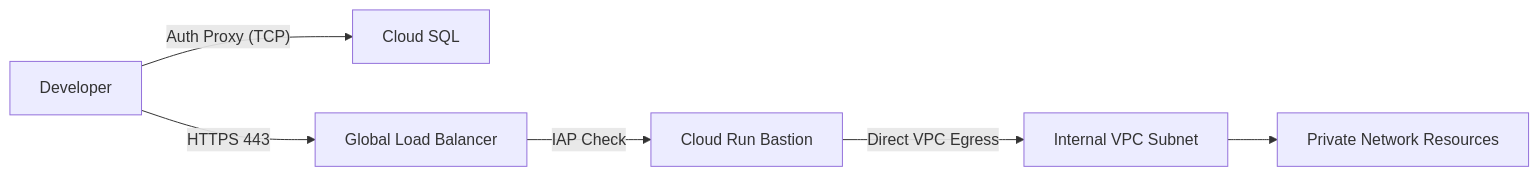
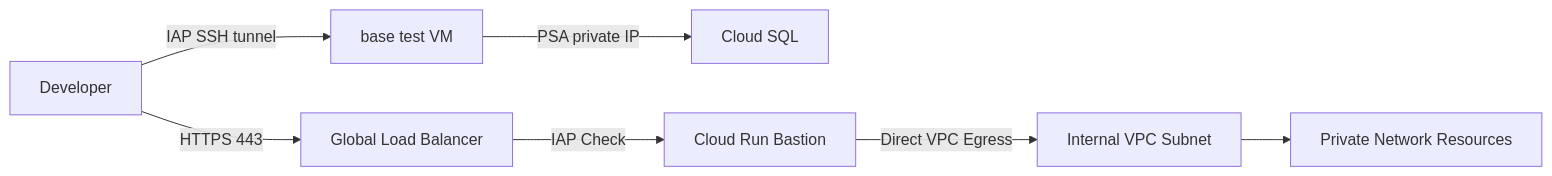
The first of 2 diagrams in samples/cloudrun-bastion/README.md (a-besson/gcp-samples), drawn with Mermaid before and after one commit. The commit also changed other lines of this file and 96 other files, not shown here.

````diff
--- a/samples/cloudrun-bastion/README.md
+++ b/samples/cloudrun-bastion/README.md
@@ -10,8 +13,9 @@
 ```mermaid
 graph LR
-    Dev[Developer] -- Auth Proxy (TCP) --> SQL[Cloud SQL]
+    Dev[Developer] -- IAP SSH tunnel --> VM[base test VM]
+    VM -- PSA private IP --> SQL[Cloud SQL]
     Dev -- HTTPS 443 --> LB[Global Load Balancer]
     LB -- IAP Check --> CR[Cloud Run Bastion]
     CR -- Direct VPC Egress --> VPC[Internal VPC Subnet]
     VPC --> Net[Private Network Resources]
 ```
````
